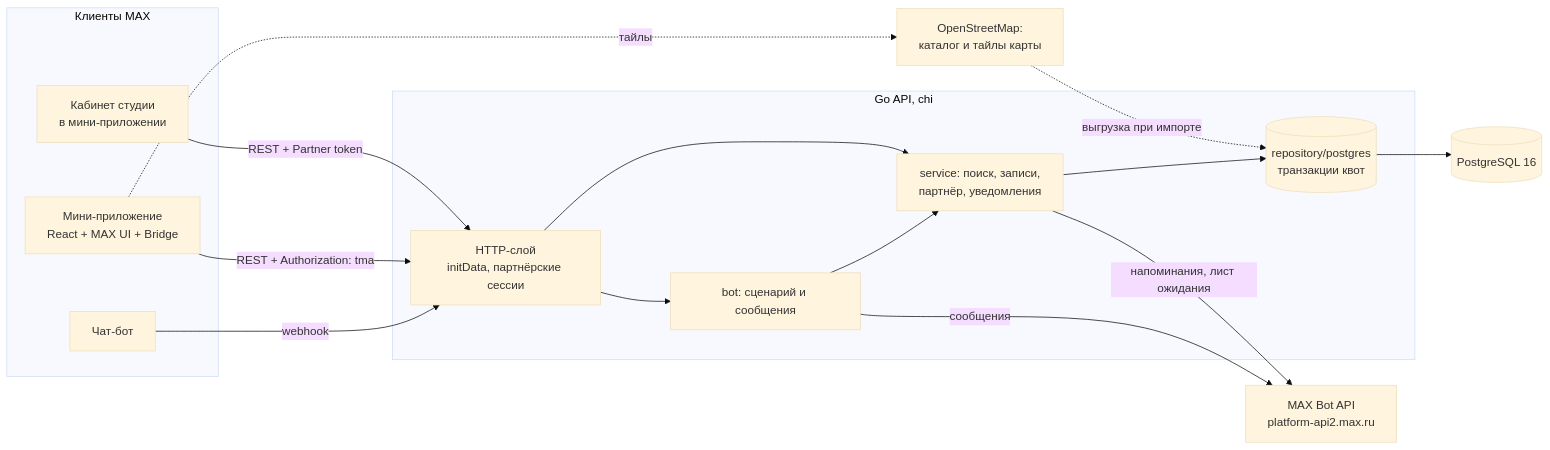
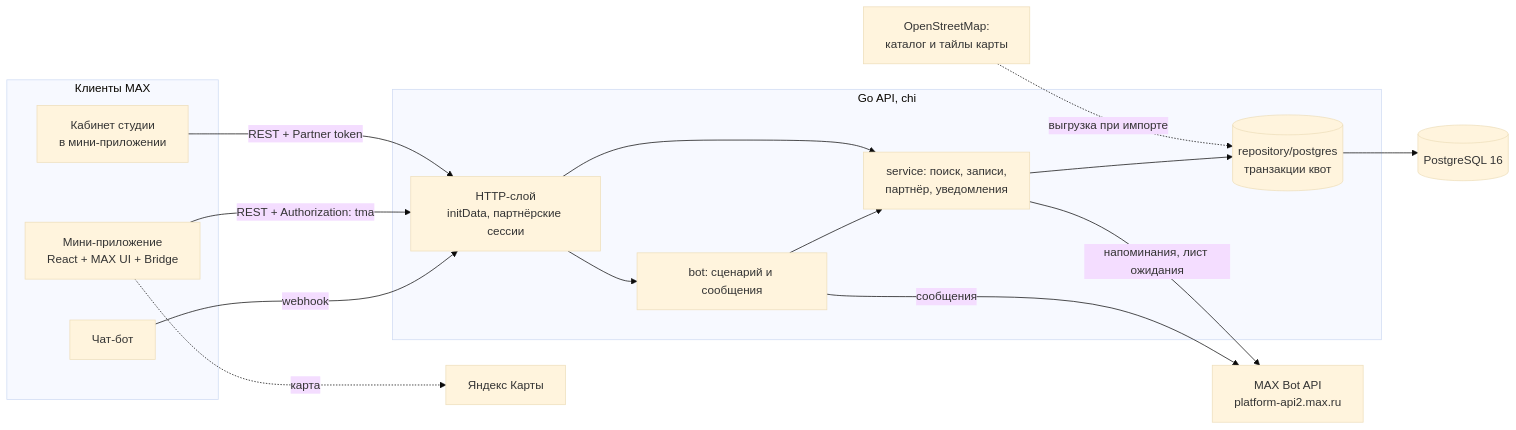
The fourth of 4 diagrams in README.md (GogaBalenci/sportslot), drawn with Mermaid (base theme) before and after one commit. The commit also changed other lines of this file and 22 other files, not shown here.

````diff
--- a/README.md
+++ b/README.md
@@ -137,27 +137,27 @@
 ```mermaid
 flowchart LR
     subgraph MAX [Клиенты MAX]
         Bot[Чат-бот]
         App[Мини-приложение<br/>React + MAX UI + Bridge]
         Studio[Кабинет студии<br/>в мини-приложении]
     end
     subgraph API [Go API, chi]
         H[HTTP-слой<br/>initData, партнёрские сессии]
         BotFlow[bot: сценарий и сообщения]
         S[service: поиск, записи,<br/>партнёр, уведомления]
         Store[(repository/postgres<br/>транзакции квот)]
     end
     DB[(PostgreSQL 16)]
     MaxAPI[MAX Bot API<br/>platform-api2.max.ru]
     OSM[OpenStreetMap:<br/>каталог и тайлы карты]
 
     Bot -- webhook --> H
     App -- REST + Authorization: tma --> H
     Studio -- REST + Partner token --> H
     H --> BotFlow --> S
     H --> S --> Store --> DB
     BotFlow -- сообщения --> MaxAPI
     S -- напоминания, лист ожидания --> MaxAPI
     OSM -. выгрузка при импорте .-> Store
-    App -. тайлы .-> OSM
+    App -. карта .-> YMaps[Яндекс Карты]
 ```
````
